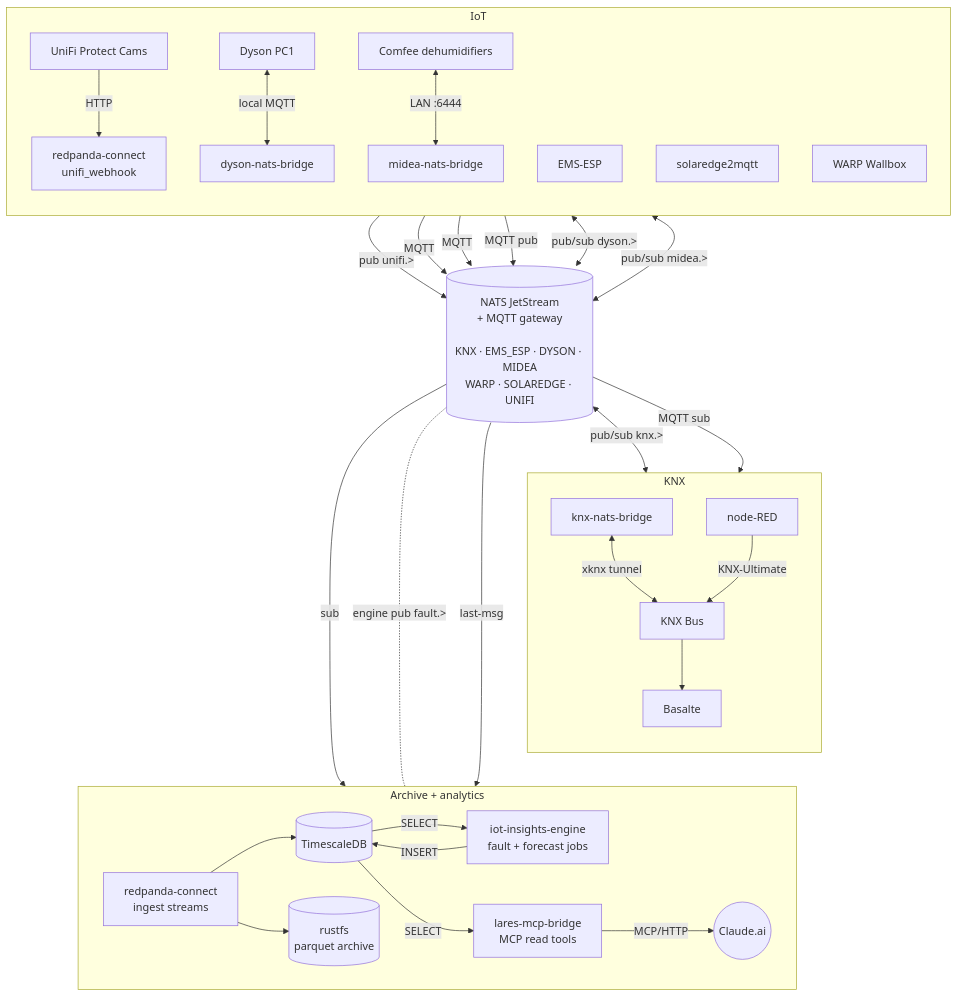
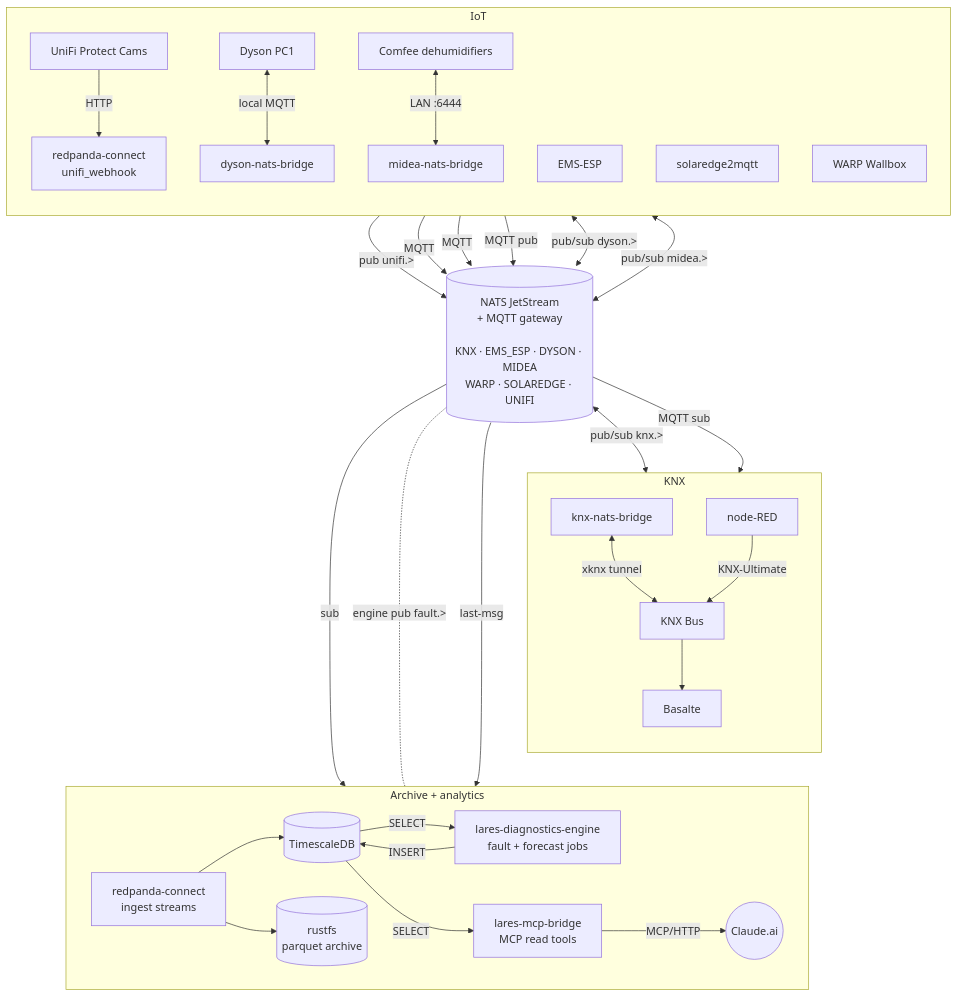
One commit to alexander-zimmermann/lares changed the second of 2 diagrams in README.md. Above: the diagram before and after it, drawn with Mermaid. The commit also changed other lines of this file and 33 other files, not shown here.

````diff
--- a/README.md
+++ b/README.md
@@ -134,60 +134,60 @@
 ```mermaid
 flowchart TB
     subgraph IOT[IoT]
         direction TB
         cam[UniFi Protect Cams] -- HTTP --> webhook[redpanda-connect<br/>unifi_webhook]
         ems[EMS-ESP]
         pv[solaredge2mqtt]
         warp[WARP Wallbox]
         fan[Dyson PC1] <-- local MQTT --> dysonb[dyson-nats-bridge]
         dehum[Comfee dehumidifiers] <-- LAN :6444 --> mideab[midea-nats-bridge]
     end
 
     nats[(NATS JetStream<br/>+ MQTT gateway<br/><br/>KNX · EMS_ESP · DYSON · MIDEA<br/>WARP · SOLAREDGE · UNIFI)]
 
     webhook -- pub unifi.> --> nats
     ems  -- MQTT --> nats
     pv   -- MQTT --> nats
     warp -- MQTT pub --> nats
     dysonb <-- pub/sub dyson.> --> nats
     mideab <-- pub/sub midea.> --> nats
 
     subgraph KX[KNX]
         direction TB
         bridge[knx-nats-bridge]
         nodered[node-RED]
         knx[KNX Bus]
         basalte[Basalte]
         bridge <-- xknx tunnel --> knx
         nodered -- KNX-Ultimate --> knx
         knx --> basalte
     end
 
     nats <-- pub/sub knx.> --> bridge
     nats -- MQTT sub --> nodered
 
     subgraph ARCH[Archive + analytics]
         direction LR
         ingest[redpanda-connect<br/>ingest streams]
         tsdb[(TimescaleDB)]
         rustfs[(rustfs<br/>parquet archive)]
-        engine[iot-insights-engine<br/>fault + forecast jobs]
+        engine[lares-diagnostics-engine<br/>fault + forecast jobs]
         mcp[lares-mcp-bridge<br/>MCP read tools]
         claude((Claude.ai))
         ingest --> tsdb
         ingest --> rustfs
         tsdb -- SELECT --> engine
         engine -- INSERT --> tsdb
         tsdb -- SELECT --> mcp
         mcp -- MCP/HTTP --> claude
     end
 
     nats -- sub --> ingest
     %% Undirected on purpose: an engine->nats arrow makes dagre rank the whole
     %% archive block above nats. The label carries the direction instead.
     nats -. "engine pub fault.>" .- engine
     nats -- last-msg --> mcp
 
     %% Invisible edge: pins the archive band below the KNX block.
     KX ~~~ ARCH
 ```
````
